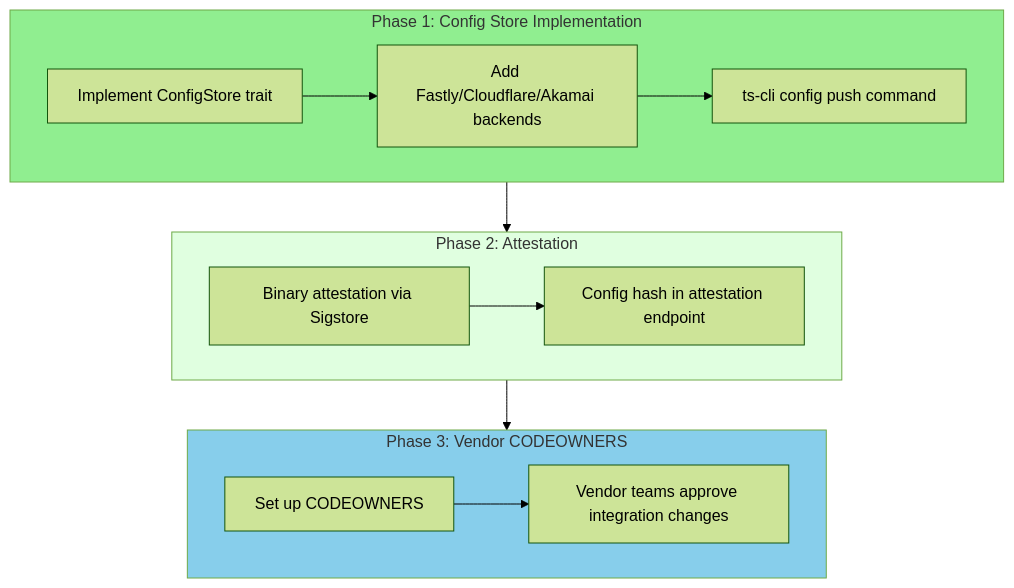
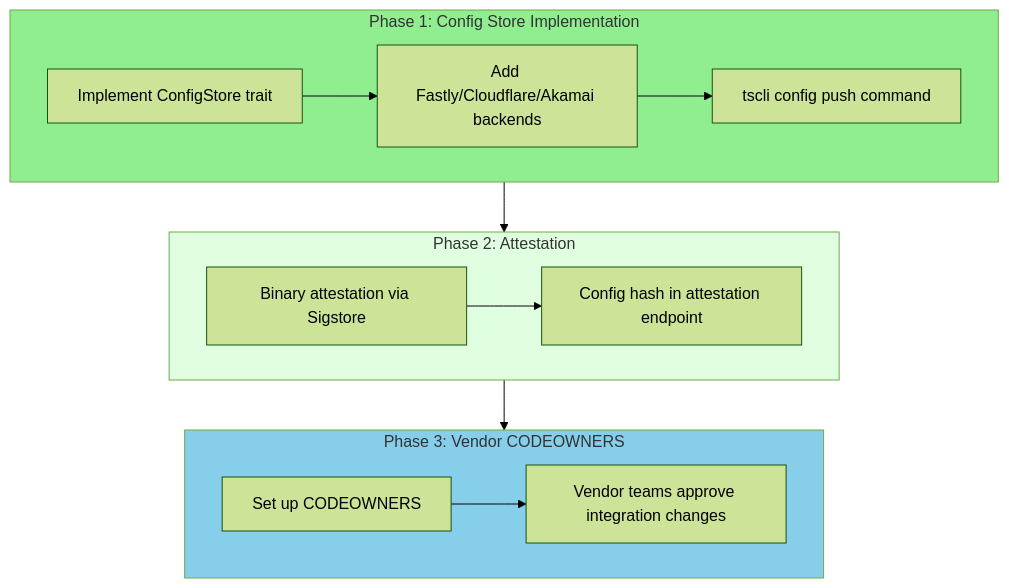
Before and after one commit to IABTechLab/trusted-server: the eighth of 11 diagrams in docs/guide/attestation-proposal.md, drawn with Mermaid (forest theme). The commit also changed other lines of this file and 28 other files, not shown here.

````diff
--- a/docs/guide/attestation-proposal.md
+++ b/docs/guide/attestation-proposal.md
@@ -622,27 +622,27 @@
 ```mermaid
 flowchart TB
     subgraph PHASE1 ["Phase 1: Config Store Implementation"]
         P1A[Implement ConfigStore trait]
         P1B[Add Fastly/Cloudflare/Akamai backends]
-        P1C[ts-cli config push command]
+        P1C[tscli config push command]
         P1A --> P1B --> P1C
     end
 
     subgraph PHASE2 ["Phase 2: Attestation"]
         P2A[Binary attestation via Sigstore]
         P2B[Config hash in attestation endpoint]
         P2A --> P2B
     end
 
     subgraph PHASE3 ["Phase 3: Vendor CODEOWNERS"]
         P3A[Set up CODEOWNERS]
         P3B[Vendor teams approve integration changes]
         P3A --> P3B
     end
 
     PHASE1 --> PHASE2 --> PHASE3
 
     style PHASE1 fill:#90EE90,color:#333
     style PHASE2 fill:#E0FFE0,color:#333
     style PHASE3 fill:#87CEEB,color:#333
 ```
````
